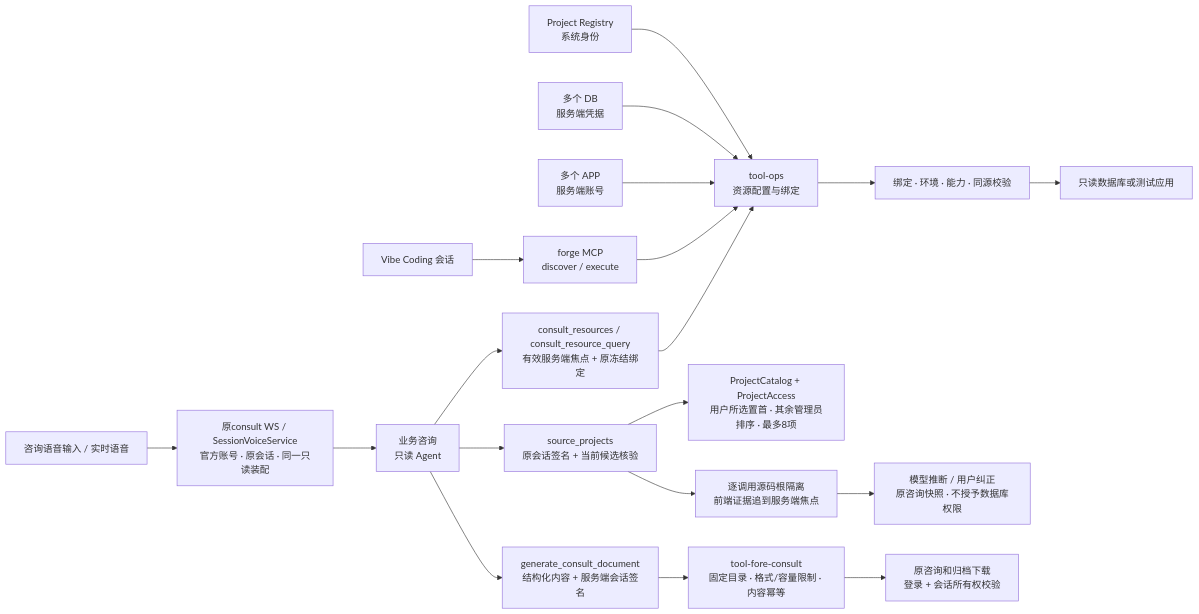
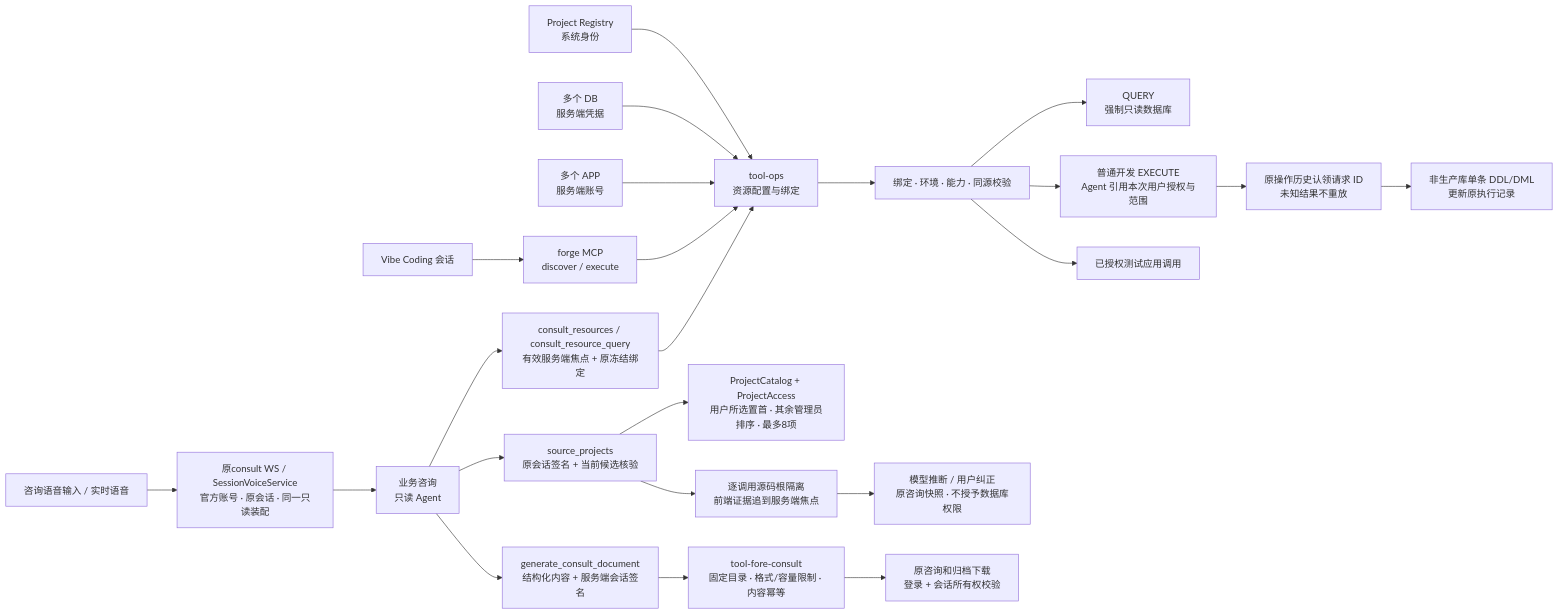
Before and after one commit to exception-coder/kai-toolbox: diagram 26 of 40 in docs/ai-coding-architecture.md, drawn with Mermaid. The commit also changed other lines of this file and 22 other files, not shown here.

````diff
--- a/docs/ai-coding-architecture.md
+++ b/docs/ai-coding-architecture.md
@@ -707,21 +707,25 @@
 ```mermaid
 flowchart LR
     REGISTRY["Project Registry<br/>系统身份"] --> BINDING["tool-ops<br/>资源配置与绑定"]
     DB["多个 DB<br/>服务端凭据"] --> BINDING
     APP["多个 APP<br/>服务端账号"] --> BINDING
     SESSION["Vibe Coding 会话"] --> FORGE["forge MCP<br/>discover / execute"]
     FORGE --> BINDING
     BINDING --> POLICY["绑定 · 环境 · 能力 · 同源校验"]
-    POLICY --> TARGET["只读数据库或测试应用"]
+    POLICY --> QUERY["QUERY<br/>强制只读数据库"]
+    POLICY --> WRITE["普通开发 EXECUTE<br/>Agent 引用本次用户授权与范围"]
+    WRITE --> CLAIM["原操作历史认领请求 ID<br/>未知结果不重放"]
+    CLAIM --> WRITE_DB["非生产库单条 DDL/DML<br/>更新原执行记录"]
+    POLICY --> TARGET["已授权测试应用调用"]
     CONSULT["业务咨询<br/>只读 Agent"] --> DOC_TOOL["generate_consult_document<br/>结构化内容 + 服务端会话签名"]
     CONSULT_UI["咨询语音输入 / 实时语音"] --> CONSULT_CHANNEL["原consult WS / SessionVoiceService<br/>官方账号 · 原会话 · 同一只读装配"]
     CONSULT_CHANNEL --> CONSULT
     CONSULT --> SOURCE_ROUTE["source_projects<br/>原会话签名 + 当前候选核验"]
     SOURCE_ROUTE --> SOURCE_CATALOG["ProjectCatalog + ProjectAccess<br/>用户所选置首 · 其余管理员排序 · 最多8项"]
     SOURCE_ROUTE --> SOURCE_READ["逐调用源码根隔离<br/>前端证据追到服务端焦点"]
     SOURCE_READ --> SOURCE_FOCUS["模型推断 / 用户纠正<br/>原咨询快照 · 不授予数据库权限"]
     CONSULT --> QUERY_TOOL["consult_resources / consult_resource_query<br/>有效服务端焦点 + 原冻结绑定"]
     QUERY_TOOL --> BINDING
     DOC_TOOL --> DOC_STORE["tool-fore-consult<br/>固定目录 · 格式/容量限制 · 内容幂等"]
     DOC_STORE --> DOC_DOWNLOAD["原咨询和归档下载<br/>登录 + 会话所有权校验"]
 ```
````
